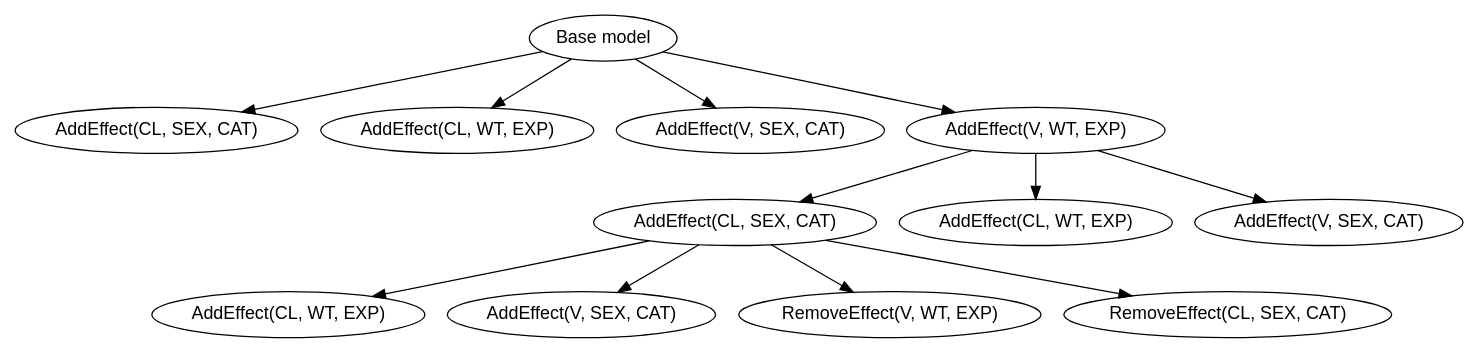
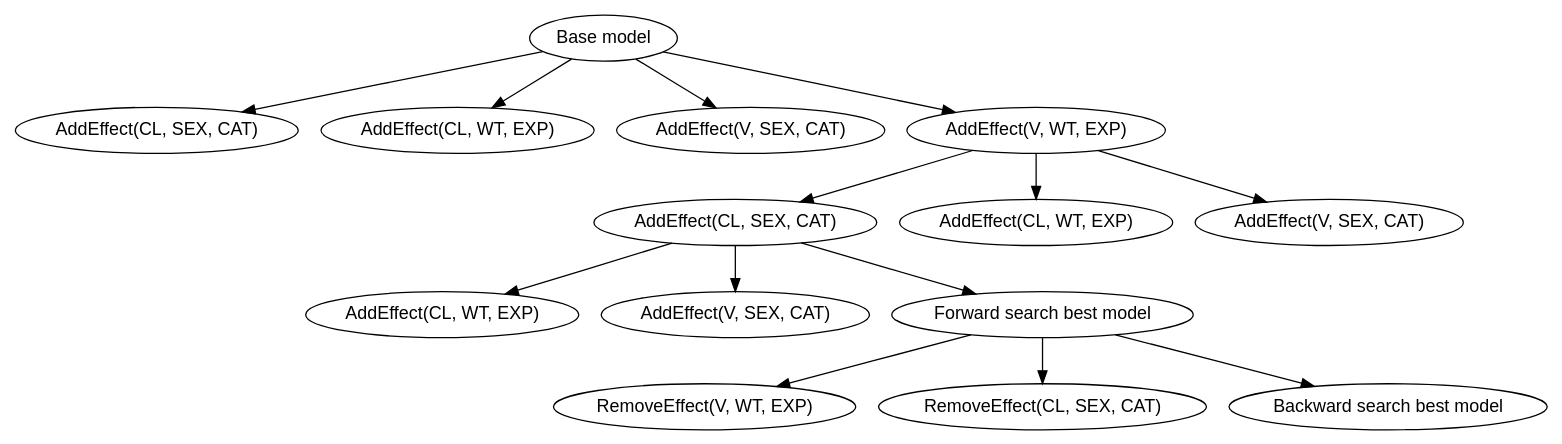
The first of 2 diagrams in latest/_static/covsearch.rst (pharmpy/pharmpy.github.io), drawn with Graphviz before and after one commit. The commit also changed other lines of this file and 380 other files, not shown here.

```diff
--- a/latest/_static/covsearch.rst
+++ b/latest/_static/covsearch.rst
@@ -197,29 +197,33 @@
 .. graphviz::
 
     digraph BST {
             node [fontname="Arial"];
             base [label="Base model"]
             s0 [label="AddEffect(CL, SEX, CAT)"]
             s1 [label="AddEffect(CL, WT, EXP)"]
             s2 [label="AddEffect(V, SEX, CAT)"]
             s3 [label="AddEffect(V, WT, EXP)"]
             s4 [label="AddEffect(CL, SEX, CAT)"]
             s5 [label="AddEffect(CL, WT, EXP)"]
             s6 [label="AddEffect(V, SEX, CAT)"]
             s7 [label="AddEffect(CL, WT, EXP)"]
             s8 [label="AddEffect(V, SEX, CAT)"]
-            s9 [label="RemoveEffect(V, WT, EXP)"]
-            s10 [label="RemoveEffect(CL, SEX, CAT)"]
+            s9 [label="Forward search best model"]
+            s10 [label="RemoveEffect(V, WT, EXP)"]
+            s11 [label="RemoveEffect(CL, SEX, CAT)"]
+            s12 [label="Backward search best model"]
 
             base -> s0
             base -> s1
             base -> s2
             base -> s3
             s3 -> s4
             s3 -> s5
             s3 -> s6
             s4 -> s7
             s4 -> s8
             s4 -> s9
-            s4 -> s10
+            s9 -> s10
+            s9 -> s11
+            s9 -> s12
         }
```
